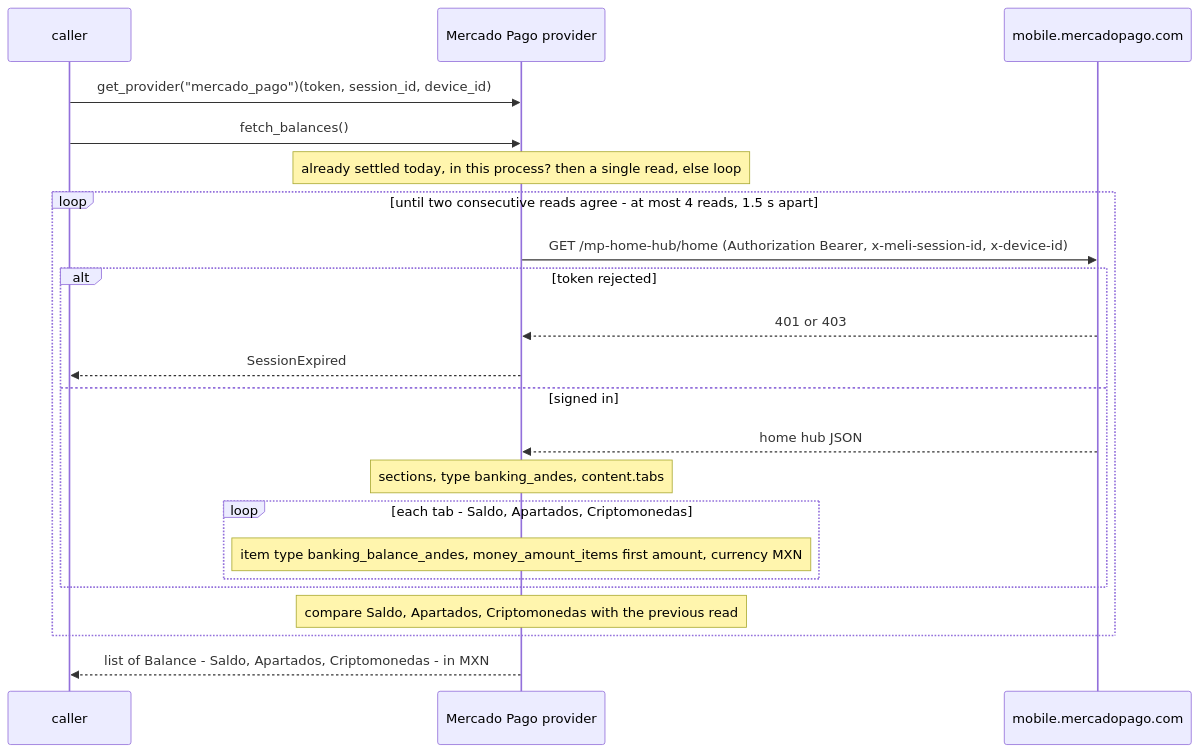
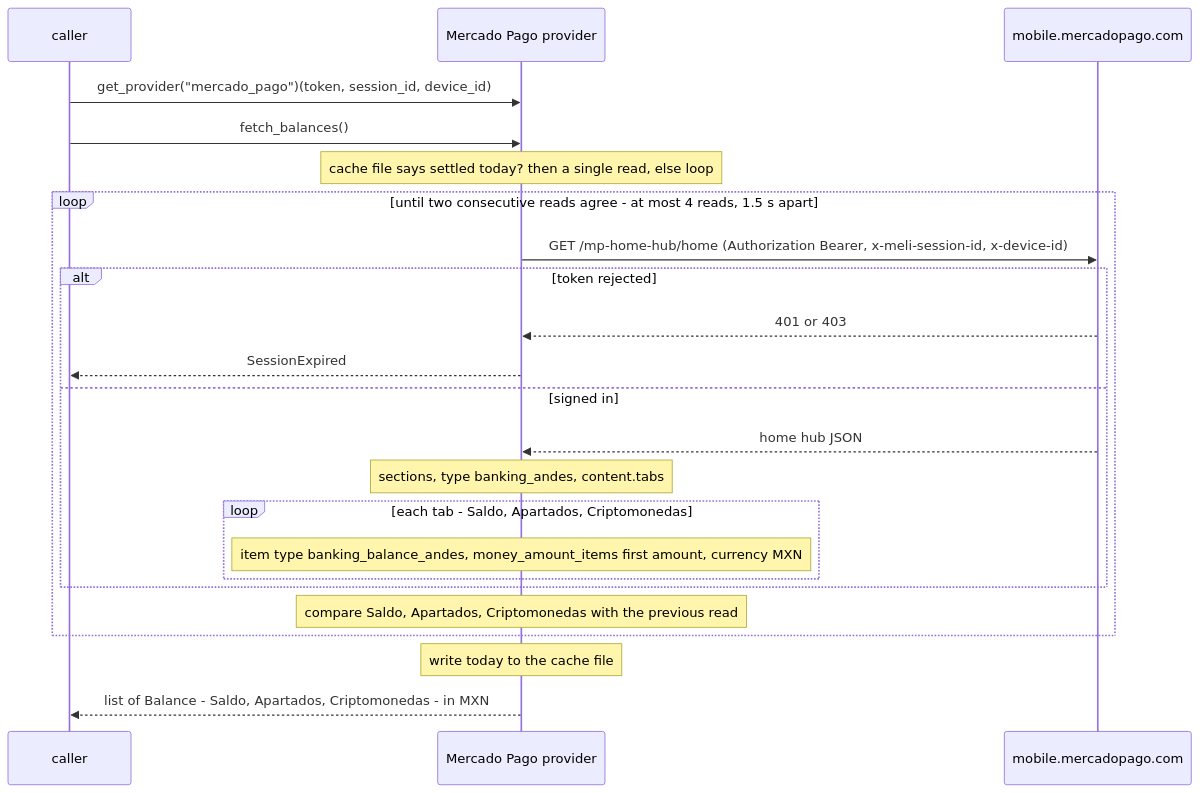
Before and after one commit to PaoloReyes/finscraper-mx: the second of 2 diagrams in docs/flows/mercado_pago.md, drawn with Mermaid. The commit also changed other lines of this file and 3 other files, not shown here.

First line of the commit message:
Mercado Pago: cache the settled-today date on disk

````diff
--- a/docs/flows/mercado_pago.md
+++ b/docs/flows/mercado_pago.md
@@ -34,25 +35,26 @@
 ```mermaid
 sequenceDiagram
   participant C as caller
   participant P as Mercado Pago provider
   participant S as mobile.mercadopago.com
 
   C->>P: get_provider("mercado_pago")(token, session_id, device_id)
   C->>P: fetch_balances()
-  Note over P: already settled today, in this process? then a single read, else loop
+  Note over P: cache file says settled today? then a single read, else loop
   loop until two consecutive reads agree - at most 4 reads, 1.5 s apart
     P->>S: GET /mp-home-hub/home  (Authorization Bearer, x-meli-session-id, x-device-id)
     alt token rejected
       S-->>P: 401 or 403
       P-->>C: SessionExpired
     else signed in
       S-->>P: home hub JSON
       Note over P: sections, type banking_andes, content.tabs
       loop each tab - Saldo, Apartados, Criptomonedas
         Note over P: item type banking_balance_andes, money_amount_items first amount, currency MXN
       end
     end
     Note over P: compare Saldo, Apartados, Criptomonedas with the previous read
   end
+  Note over P: write today to the cache file
   P-->>C: list of Balance - Saldo, Apartados, Criptomonedas - in MXN
 ```
````
